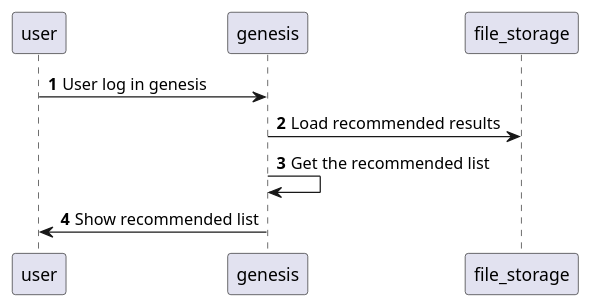
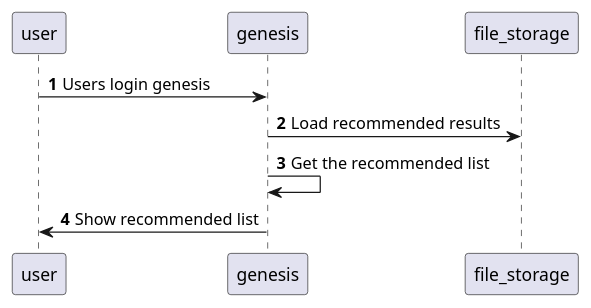
Before and after one commit to 873696121/MovieRecommendation: the diagram in result.puml, drawn with PlantUML. The commit also changed 1 other file, not shown here.

```diff
--- a/result.puml
+++ b/result.puml
@@ -1,11 +1,11 @@
 @startuml
 autonumber
 participant user
 participant genesis
 participant file_storage
 
-user -> genesis: User log in genesis
+user -> genesis: Users login genesis
 genesis -> file_storage: Load recommended results
 genesis -> genesis: Get the recommended list
 genesis -> user: Show recommended list
 @enduml
```
